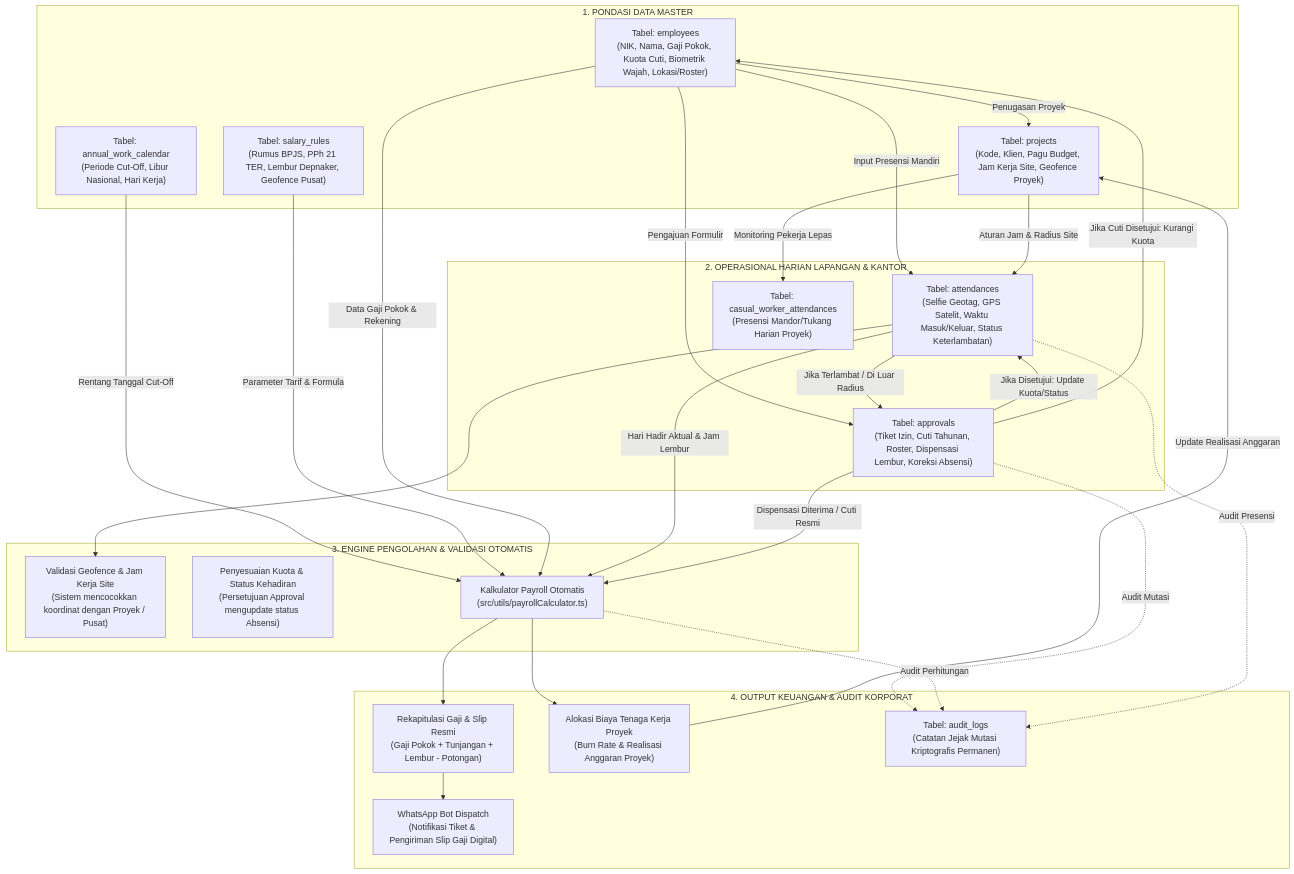
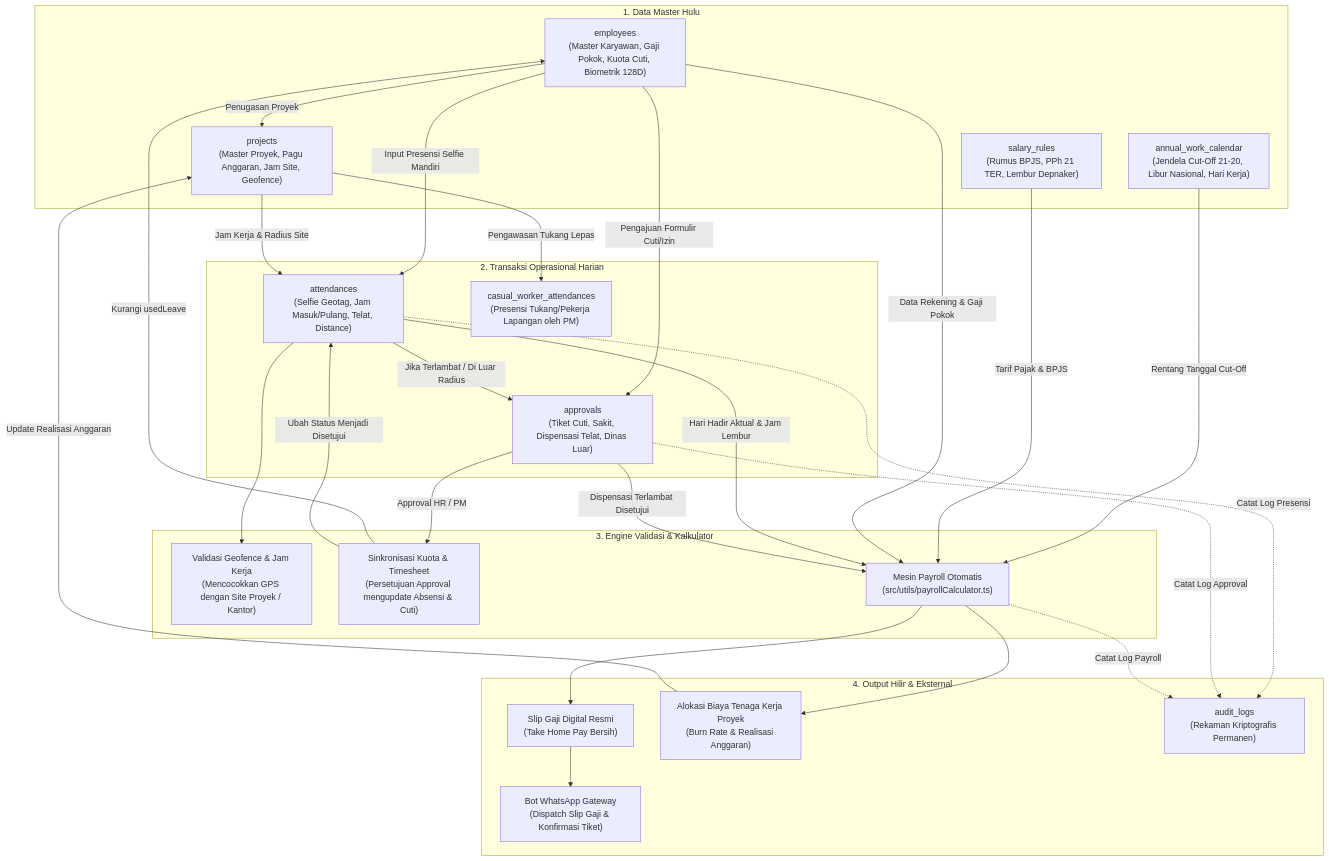
The diagram in docs/BUKU_PANDUAN_PENGGUNAAN_PRIME_HRIS.md (PrimeFox59/dmj-hris), drawn with Mermaid before and after one commit. The commit also changed other lines of this file and 2 other files, not shown here.

Commit message:
docs(manual): expand comprehensive role-based manual with rbac lineage and 5 attendance flows

````diff
--- a/docs/BUKU_PANDUAN_PENGGUNAAN_PRIME_HRIS.md
+++ b/docs/BUKU_PANDUAN_PENGGUNAAN_PRIME_HRIS.md
@@ -79,55 +113,55 @@
 ```mermaid
 flowchart TD
-    subgraph MASTER_DATA ["1. PONDASI DATA MASTER"]
-        EMP["Tabel: employees<br/>(NIK, Nama, Gaji Pokok, Kuota Cuti, Biometrik Wajah, Lokasi/Roster)"]
-        PRJ["Tabel: projects<br/>(Kode, Klien, Pagu Budget, Jam Kerja Site, Geofence Proyek)"]
-        CAL["Tabel: annual_work_calendar<br/>(Periode Cut-Off, Libur Nasional, Hari Kerja)"]
-        RUL["Tabel: salary_rules<br/>(Rumus BPJS, PPh 21 TER, Lembur Depnaker, Geofence Pusat)"]
+    subgraph MASTER_HULU ["1. Data Master Hulu"]
+        EMP["employees<br/>(Master Karyawan, Gaji Pokok, Kuota Cuti, Biometrik 128D)"]
+        PRJ["projects<br/>(Master Proyek, Pagu Anggaran, Jam Site, Geofence)"]
+        CAL["annual_work_calendar<br/>(Jendela Cut-Off 21-20, Libur Nasional, Hari Kerja)"]
+        RUL["salary_rules<br/>(Rumus BPJS, PPh 21 TER, Lembur Depnaker)"]
     end
 
-    subgraph OPERATIONAL ["2. OPERASIONAL HARIAN LAPANGAN & KANTOR"]
-        ATT["Tabel: attendances<br/>(Selfie Geotag, GPS Satelit, Waktu Masuk/Keluar, Status Keterlambatan)"]
-        APP["Tabel: approvals<br/>(Tiket Izin, Cuti Tahunan, Roster, Dispensasi Lembur, Koreksi Absensi)"]
-        CAS["Tabel: casual_worker_attendances<br/>(Presensi Mandor/Tukang Harian Proyek)"]
+    subgraph TRANSAKSI_OPERASIONAL ["2. Transaksi Operasional Harian"]
+        ATT["attendances<br/>(Selfie Geotag, Jam Masuk/Pulang, Telat, Distance)"]
+        APP["approvals<br/>(Tiket Cuti, Sakit, Dispensasi Telat, Dinas Luar)"]
+        CAS["casual_worker_attendances<br/>(Presensi Tukang/Pekerja Lapangan oleh PM)"]
     end
 
-    subgraph PROCESSING ["3. ENGINE PENGOLAHAN & VALIDASI OTOMATIS"]
-        VAL["Validasi Geofence & Jam Kerja Site<br/>(Sistem mencocokkan koordinat dengan Proyek / Pusat)"]
-        ADJ["Penyesuaian Kuota & Status Kehadiran<br/>(Persetujuan Approval mengupdate status Absensi)"]
-        PAY_ENG["Kalkulator Payroll Otomatis<br/>(src/utils/payrollCalculator.ts)"]
+    subgraph ENGINE_PENGOLAHAN ["3. Engine Validasi & Kalkulator"]
+        VAL["Validasi Geofence & Jam Kerja<br/>(Mencocokkan GPS dengan Site Proyek / Kantor)"]
+        SYNC["Sinkronisasi Kuota & Timesheet<br/>(Persetujuan Approval mengupdate Absensi & Cuti)"]
+        PAY["Mesin Payroll Otomatis<br/>(src/utils/payrollCalculator.ts)"]
     end
 
-    subgraph OUTPUT_FINANCE ["4. OUTPUT KEUANGAN & AUDIT KORPORAT"]
-        PAY_REC["Rekapitulasi Gaji & Slip Resmi<br/>(Gaji Pokok + Tunjangan + Lembur - Potongan)"]
-        PRJ_COST["Alokasi Biaya Tenaga Kerja Proyek<br/>(Burn Rate & Realisasi Anggaran Proyek)"]
-        WA_OUT["WhatsApp Bot Dispatch<br/>(Notifikasi Tiket & Pengiriman Slip Gaji Digital)"]
-        AUD_LOG["Tabel: audit_logs<br/>(Catatan Jejak Mutasi Kriptografis Permanen)"]
+    subgraph OUTPUT_HILIR ["4. Output Hilir & Eksternal"]
+        SLIP["Slip Gaji Digital Resmi<br/>(Take Home Pay Bersih)"]
+        COST["Alokasi Biaya Tenaga Kerja Proyek<br/>(Burn Rate & Realisasi Anggaran)"]
+        WA["Bot WhatsApp Gateway<br/>(Dispatch Slip Gaji & Konfirmasi Tiket)"]
+        AUD["audit_logs<br/>(Rekaman Kriptografis Permanen)"]
     end
 
-    %% Keterkaitan & Relasi
     EMP -->|Penugasan Proyek| PRJ
-    EMP -->|Input Presensi Mandiri| ATT
-    EMP -->|Pengajuan Formulir| APP
-    PRJ -->|Aturan Jam & Radius Site| ATT
-    PRJ -->|Monitoring Pekerja Lepas| CAS
+    EMP -->|Input Presensi Selfie Mandiri| ATT
+    EMP -->|Pengajuan Formulir Cuti/Izin| APP
+    PRJ -->|Jam Kerja & Radius Site| ATT
+    PRJ -->|Pengawasan Tukang Lepas| CAS
+
+    ATT --> VAL
     ATT -->|Jika Terlambat / Di Luar Radius| APP
-    APP -->|Jika Disetujui: Update Kuota/Status| ATT
-    APP -->|Jika Cuti Disetujui: Kurangi Kuota| EMP
-    
-    ATT --> VAL
-    CAL -->|Rentang Tanggal Cut-Off| PAY_ENG
-    RUL -->|Parameter Tarif & Formula| PAY_ENG
-    EMP -->|Data Gaji Pokok & Rekening| PAY_ENG
-    ATT -->|Hari Hadir Aktual & Jam Lembur| PAY_ENG
-    APP -->|Dispensasi Diterima / Cuti Resmi| PAY_ENG
-    
-    PAY_ENG --> PAY_REC
-    PAY_ENG --> PRJ_COST
-    PRJ_COST -->|Update Realisasi Anggaran| PRJ
-    PAY_REC --> WA_OUT
-    
-    %% Semua aksi memicu Audit Trail
-    APP -.->|Audit Mutasi| AUD_LOG
-    PAY_ENG -.->|Audit Perhitungan| AUD_LOG
-    ATT -.->|Audit Presensi| AUD_LOG
+    APP -->|Approval HR / PM| SYNC
+    SYNC -->|Kurangi usedLeave| EMP
+    SYNC -->|Ubah Status Menjadi Disetujui| ATT
+
+    CAL -->|Rentang Tanggal Cut-Off| PAY
+    RUL -->|Tarif Pajak & BPJS| PAY
+    EMP -->|Data Rekening & Gaji Pokok| PAY
+    ATT -->|Hari Hadir Aktual & Jam Lembur| PAY
+    APP -->|Dispensasi Terlambat Disetujui| PAY
+
+    PAY --> SLIP
+    PAY --> COST
+    COST -->|Update Realisasi Anggaran| PRJ
+    SLIP --> WA
+
+    ATT -.->|Catat Log Presensi| AUD
+    APP -.->|Catat Log Approval| AUD
+    PAY -.->|Catat Log Payroll| AUD
 ```
````
